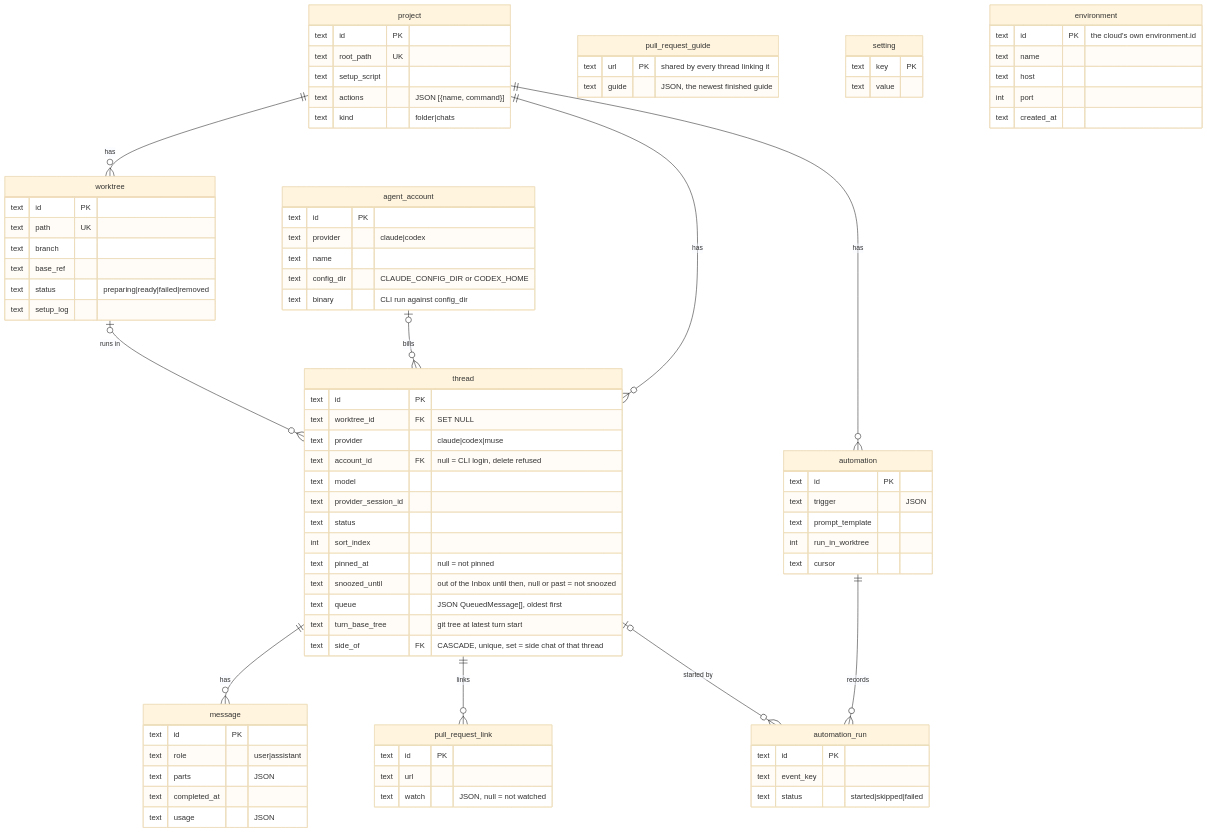
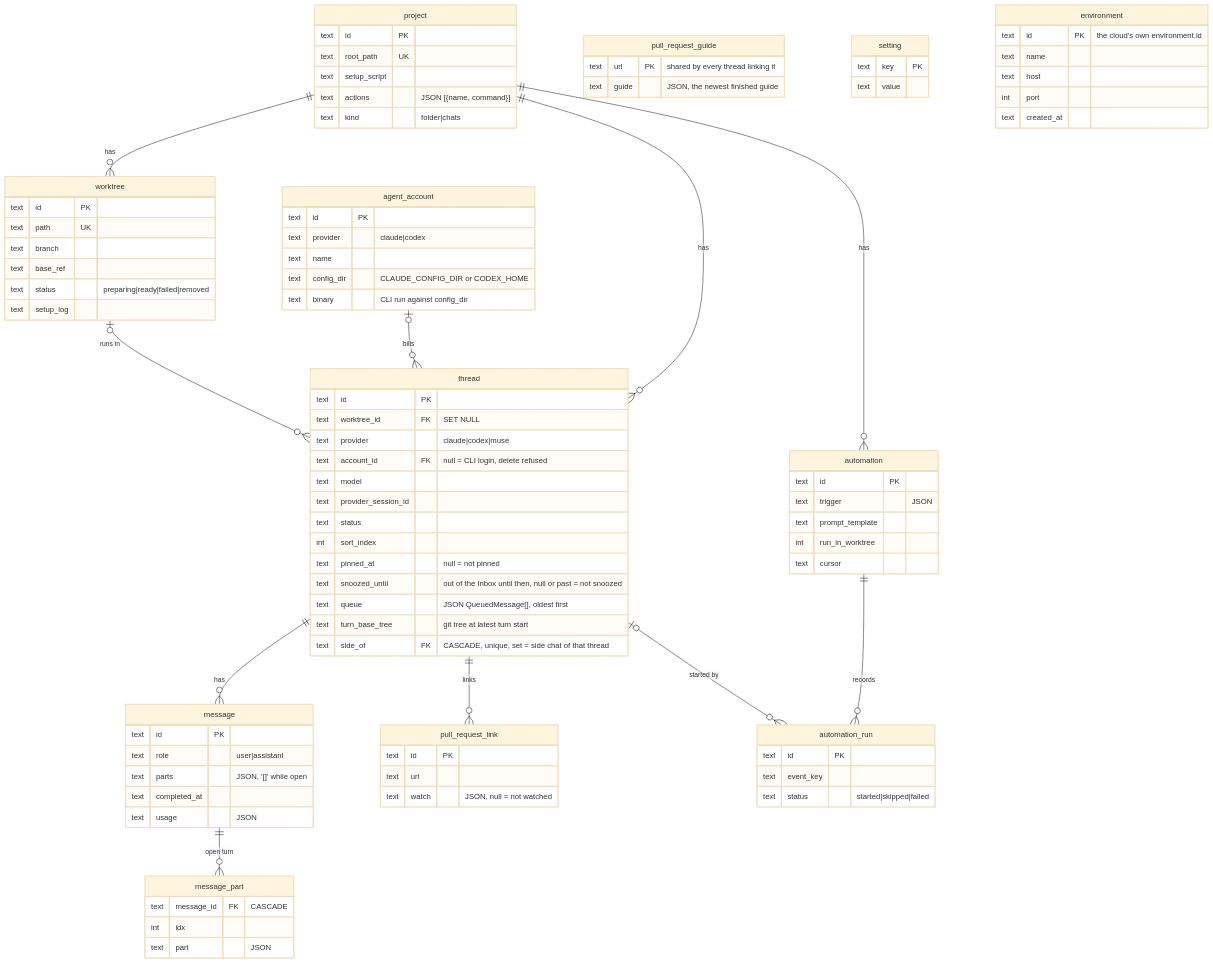
Before and after one commit to hinadev-ai/hinacode: diagram 12 of 17 in docs/arch.md, drawn with Mermaid (base theme). The commit also changed other lines of this file and 16 other files, not shown here.

First line of the commit message:
perf(messages): save only the changed parts of open turns (#558)

```diff
--- a/docs/arch.md
+++ b/docs/arch.md
@@ -400,6 +400,7 @@
   project ||--o{ automation : has
   worktree |o--o{ thread : "runs in"
   thread ||--o{ message : has
+  message ||--o{ message_part : "open turn"
   thread ||--o{ pull_request_link : links
   automation ||--o{ automation_run : records
   thread |o--o{ automation_run : "started by"
@@ -438,9 +439,14 @@
   message {
     text id PK
     text role "user|assistant"
-    text parts "JSON"
+    text parts "JSON, '[]' while open"
     text completed_at
     text usage "JSON"
+  }
+  message_part {
+    text message_id FK "CASCADE"
+    int idx
+    text part "JSON"
   }
   automation {
     text id PK
```
